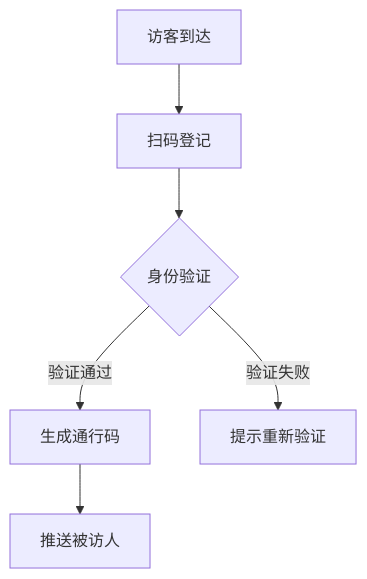
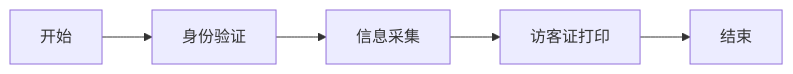
Before and after one commit to zhishi324/n8ndeploy: the diagram in doc/requirement1.md, drawn with Mermaid. The commit also changed other lines of this file, not shown here.

````diff
--- a/doc/requirement1.md
+++ b/doc/requirement1.md
@@ -29,8 +51,7 @@
 ```mermaid
-graph TD
-    A[访客到达] --> B[扫码登记]
-    B --> C{身份验证}
-    C -->|验证通过| D[生成通行码]
-    C -->|验证失败| E[提示重新验证]
-    D --> F[推送被访人]
+graph LR
+A[开始] --> B[身份验证]
+B --> C[信息采集]
+C --> D[访客证打印]
+D --> E[结束]
 ```
````
